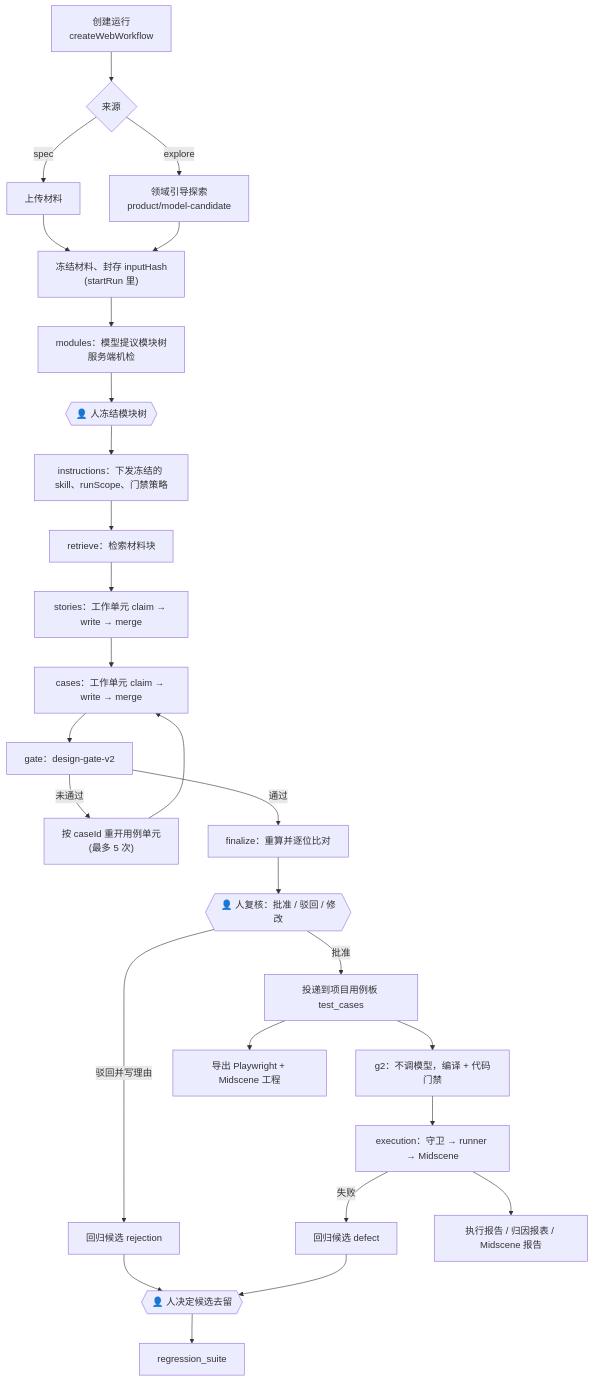
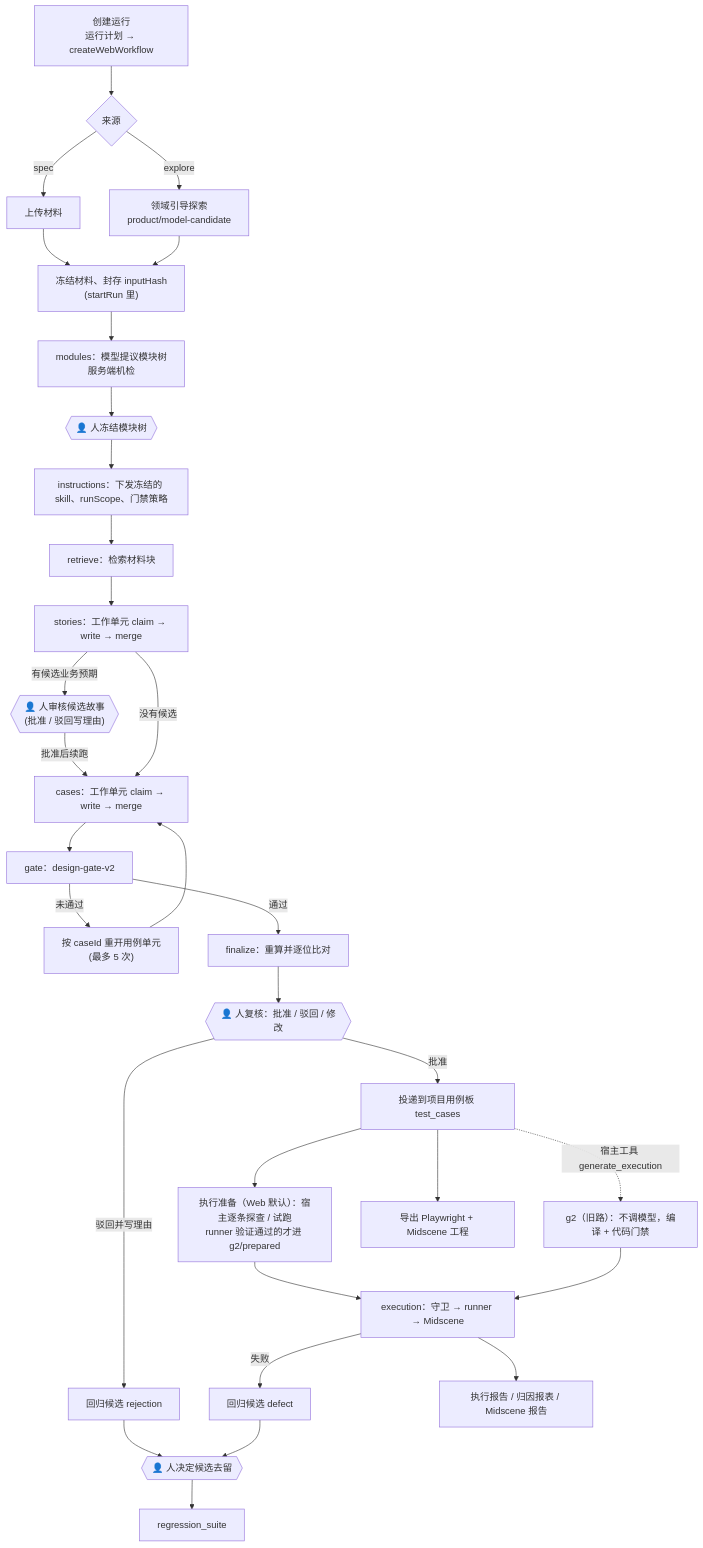
One commit to zyonlab/TestPilot changed the first of 8 diagrams in docs/v3/02-工作流-横向与纵向.md. Above: the diagram before and after it, drawn with Mermaid. The commit also changed other lines of this file and 94 other files, not shown here.

````diff
--- a/docs/v3/02-工作流-横向与纵向.md
+++ b/docs/v3/02-工作流-横向与纵向.md
@@ -31,28 +31,32 @@
 ```mermaid
 flowchart TD
-  create["创建运行<br/>createWebWorkflow"] --> src{"来源"}
+  create["创建运行<br/>运行计划 → createWebWorkflow"] --> src{"来源"}
   src -- spec --> spec["上传材料"]
   src -- explore --> exp["领域引导探索<br/>product/model-candidate"]
   spec --> seal["冻结材料、封存 inputHash<br/>(startRun 里)"]
   exp --> seal
   seal --> modules["modules：模型提议模块树<br/>服务端机检"]
   modules --> freeze{{"👤 人冻结模块树"}}
   freeze --> ins["instructions：下发冻结的 skill、runScope、门禁策略"]
   ins --> ret["retrieve：检索材料块"]
   ret --> stories["stories：工作单元 claim → write → merge"]
-  stories --> cases["cases：工作单元 claim → write → merge"]
+  stories -- 有候选业务预期 --> storyReview{{"👤 人审核候选故事<br/>(批准 / 驳回写理由)"}}
+  storyReview -- 批准后续跑 --> cases
+  stories -- 没有候选 --> cases["cases：工作单元 claim → write → merge"]
   cases --> gate["gate：design-gate-v2"]
   gate -- 未通过 --> reopen["按 caseId 重开用例单元<br/>(最多 5 次)"] --> cases
   gate -- 通过 --> fin["finalize：重算并逐位比对"]
   fin --> review{{"👤 人复核：批准 / 驳回 / 修改"}}
   review -- 驳回并写理由 --> cand["回归候选 rejection"]
   review -- 批准 --> board["投递到项目用例板 test_cases"]
-  board --> g2["g2：不调模型，编译 + 代码门禁"]
-  g2 --> exec["execution：守卫 → runner → Midscene"]
+  board --> prep["执行准备（Web 默认）：宿主逐条探查 / 试跑<br/>runner 验证通过的才进 g2/prepared"]
+  board -. 宿主工具 generate_execution .-> g2["g2（旧路）：不调模型，编译 + 代码门禁"]
+  prep --> exec["execution：守卫 → runner → Midscene"]
+  g2 --> exec
   exec -- 失败 --> cand2["回归候选 defect"]
   cand --> decide{{"👤 人决定候选去留"}}
   cand2 --> decide
   decide --> suite["regression_suite"]
   exec --> report["执行报告 / 归因报表 / Midscene 报告"]
   board --> export["导出 Playwright + Midscene 工程"]
 ```
````
